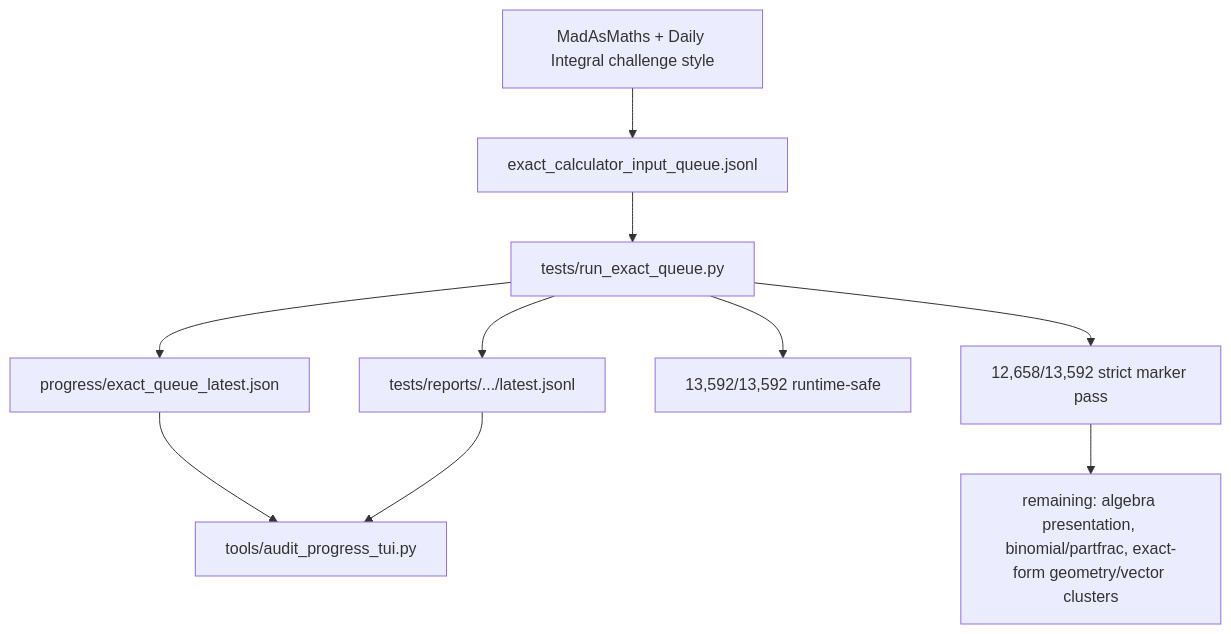
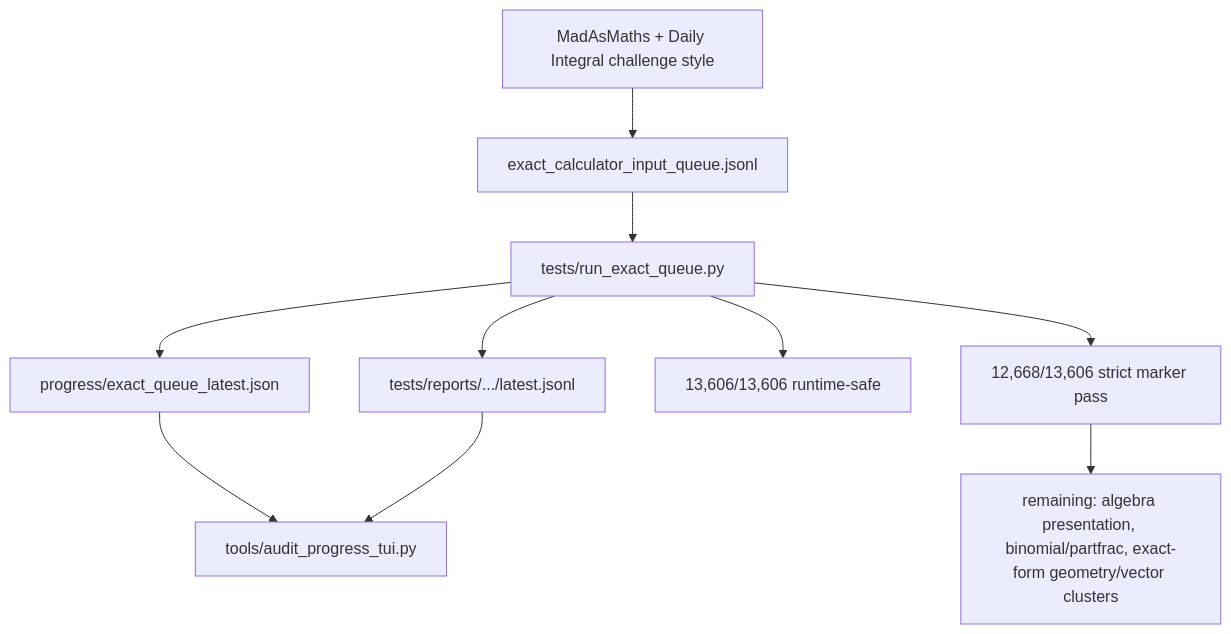
Before and after one commit to james8464/notes-addin-casio-fx-cg50: the fifth of 5 diagrams in docs/GRAPH.md, drawn with Mermaid. The commit also changed other lines of this file and 4 other files, not shown here.

````diff
--- a/docs/GRAPH.md
+++ b/docs/GRAPH.md
@@ -57,12 +57,12 @@
 ```mermaid
 graph TD
   Online["MadAsMaths + Daily Integral challenge style"] --> Queue["exact_calculator_input_queue.jsonl"]
   Queue --> Runner["tests/run_exact_queue.py"]
   Runner --> Live["progress/exact_queue_latest.json"]
   Runner --> Report["tests/reports/.../latest.jsonl"]
   Live --> TUI["tools/audit_progress_tui.py"]
   Report --> TUI
-  Runner --> Runtime["13,592/13,592 runtime-safe"]
-  Runner --> Strict["12,658/13,592 strict marker pass"]
+  Runner --> Runtime["13,606/13,606 runtime-safe"]
+  Runner --> Strict["12,668/13,606 strict marker pass"]
   Strict --> Remaining["remaining: algebra presentation, binomial/partfrac, exact-form geometry/vector clusters"]
 ```
````
